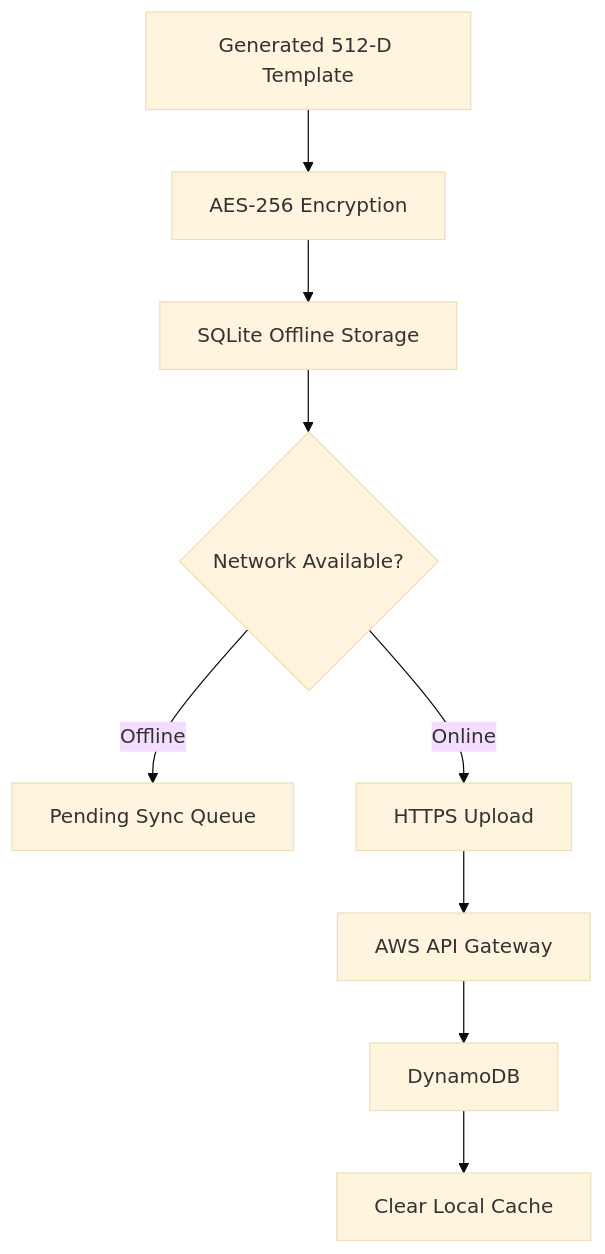
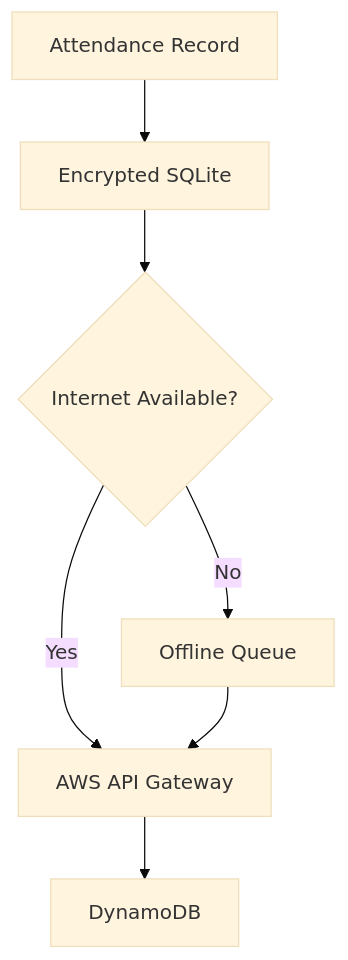
One commit to anjali9in/Netraksh-AI changed the third of 3 diagrams in docs/ARCHITECTURE.md. Above: the diagram before and after it, drawn with Mermaid (base theme). The commit also changed other lines of this file and 3 other files, not shown here.

````diff
--- a/docs/ARCHITECTURE.md
+++ b/docs/ARCHITECTURE.md
@@ -350,21 +202,16 @@
 ```mermaid
 flowchart TD
-    A["Generated 512-D Template"]
-    B["AES-256 Encryption"]
-    C["SQLite Offline Storage"]
-    D{"Network Available?"}
-    E["Pending Sync Queue"]
-    F["HTTPS Upload"]
-    G["AWS API Gateway"]
-    H["DynamoDB"]
-    I["Clear Local Cache"]
+    A["Attendance Record"]
+    B["Encrypted SQLite"]
+    C{"Internet Available?"}
+    D["Offline Queue"]
+    E["AWS API Gateway"]
+    F["DynamoDB"]
 
     A --> B
     B --> C
-    C --> D
-    D -- Offline --> E
-    D -- Online --> F
-    F --> G
-    G --> H
-    H --> I
+    C -- No --> D
+    C -- Yes --> E
+    D --> E
+    E --> F
 ```
````
